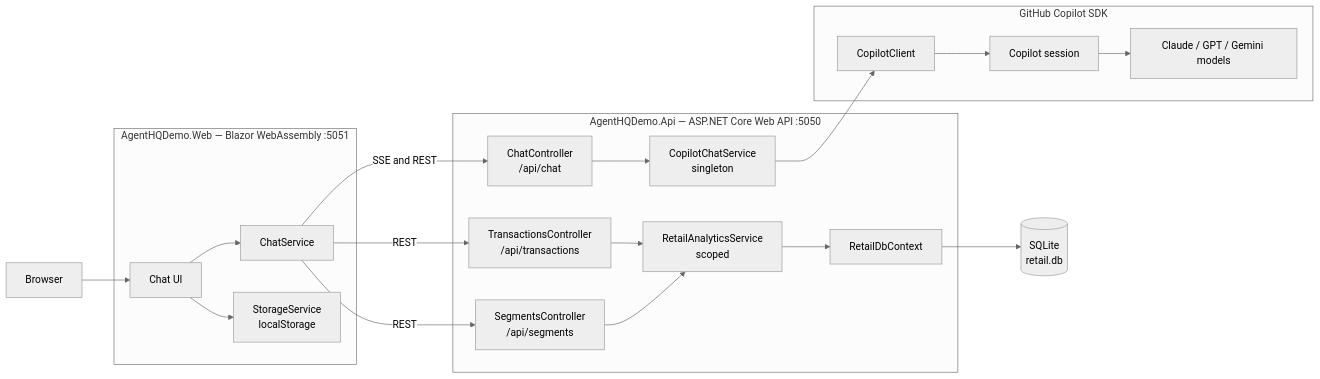
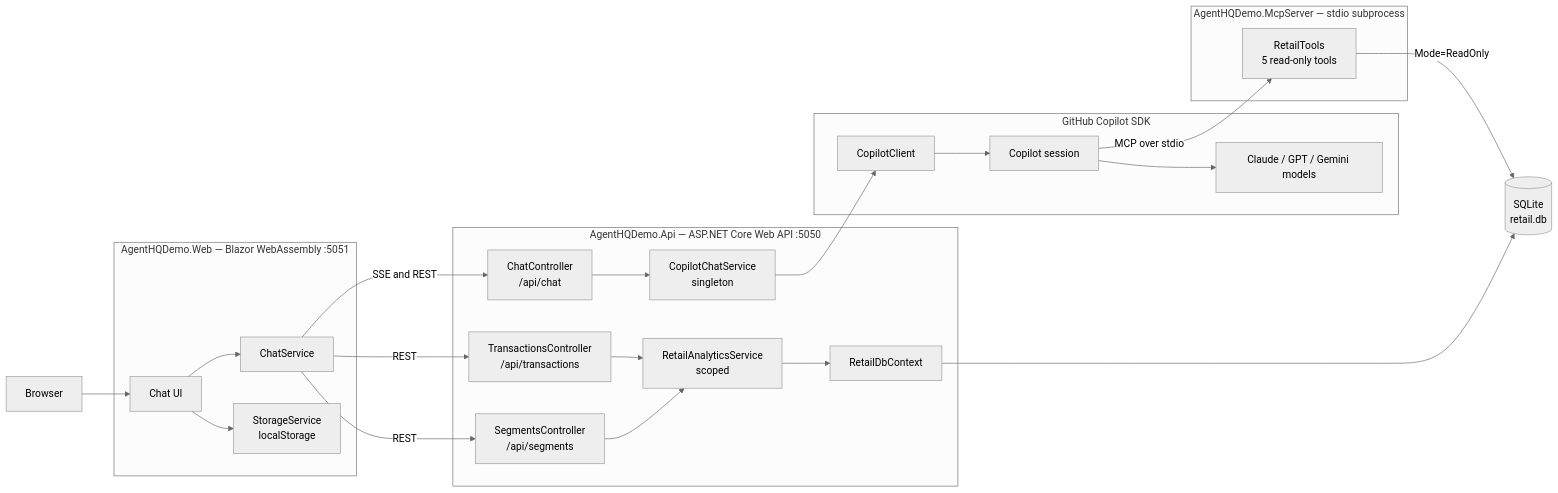
Before and after one commit to Tachaan/aigenius-copilotsdk-s5ep2: the first of 3 diagrams in docs/breakouts/architecture.md, drawn with Mermaid (neutral theme). The commit also changed other lines of this file and 25 other files, not shown here.

````diff
--- a/docs/breakouts/architecture.md
+++ b/docs/breakouts/architecture.md
@@ -14,42 +14,48 @@
 ```mermaid
 graph LR
     Browser["Browser"]
 
     subgraph Web["AgentHQDemo.Web — Blazor WebAssembly :5051"]
         Blazor["Chat UI"]
         WebChat["ChatService"]
         Storage["StorageService<br/>localStorage"]
     end
 
     subgraph Api["AgentHQDemo.Api — ASP.NET Core Web API :5050"]
         ChatController["ChatController<br/>/api/chat"]
         TxController["TransactionsController<br/>/api/transactions"]
         SegController["SegmentsController<br/>/api/segments"]
         CopilotService["CopilotChatService<br/>singleton"]
         Analytics["RetailAnalyticsService<br/>scoped"]
         DbContext["RetailDbContext"]
     end
 
     subgraph Copilot["GitHub Copilot SDK"]
         Client["CopilotClient"]
         Session["Copilot session"]
         Models["Claude / GPT / Gemini models"]
     end
 
+    subgraph Mcp["AgentHQDemo.McpServer — stdio subprocess"]
+        RetailTools["RetailTools<br/>5 read-only tools"]
+    end
+
     SQLite[("SQLite<br/>retail.db")]
 
     Browser --> Blazor
     Blazor --> WebChat
     Blazor --> Storage
     WebChat -->|"SSE and REST"| ChatController
     WebChat -->|"REST"| TxController
     WebChat -->|"REST"| SegController
     ChatController --> CopilotService
     CopilotService --> Client
     Client --> Session
     Session --> Models
+    Session -->|"MCP over stdio"| RetailTools
+    RetailTools -->|"Mode=ReadOnly"| SQLite
     TxController --> Analytics
     SegController --> Analytics
     Analytics --> DbContext
     DbContext --> SQLite
 ```
````
